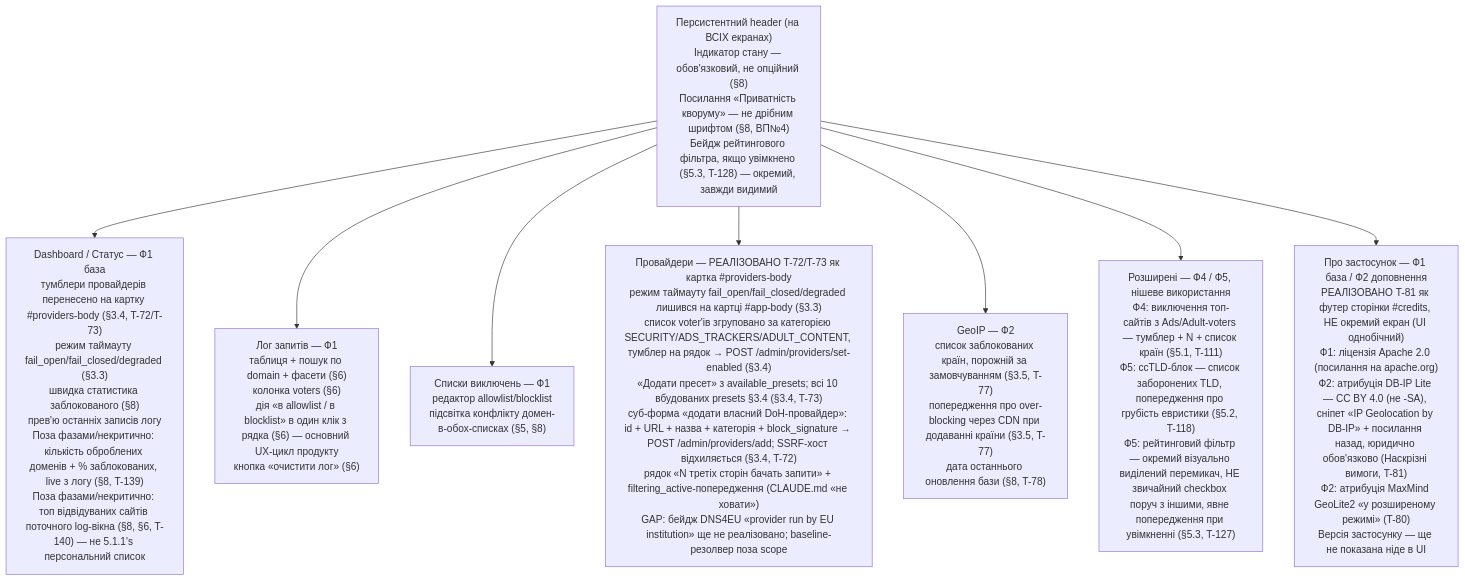
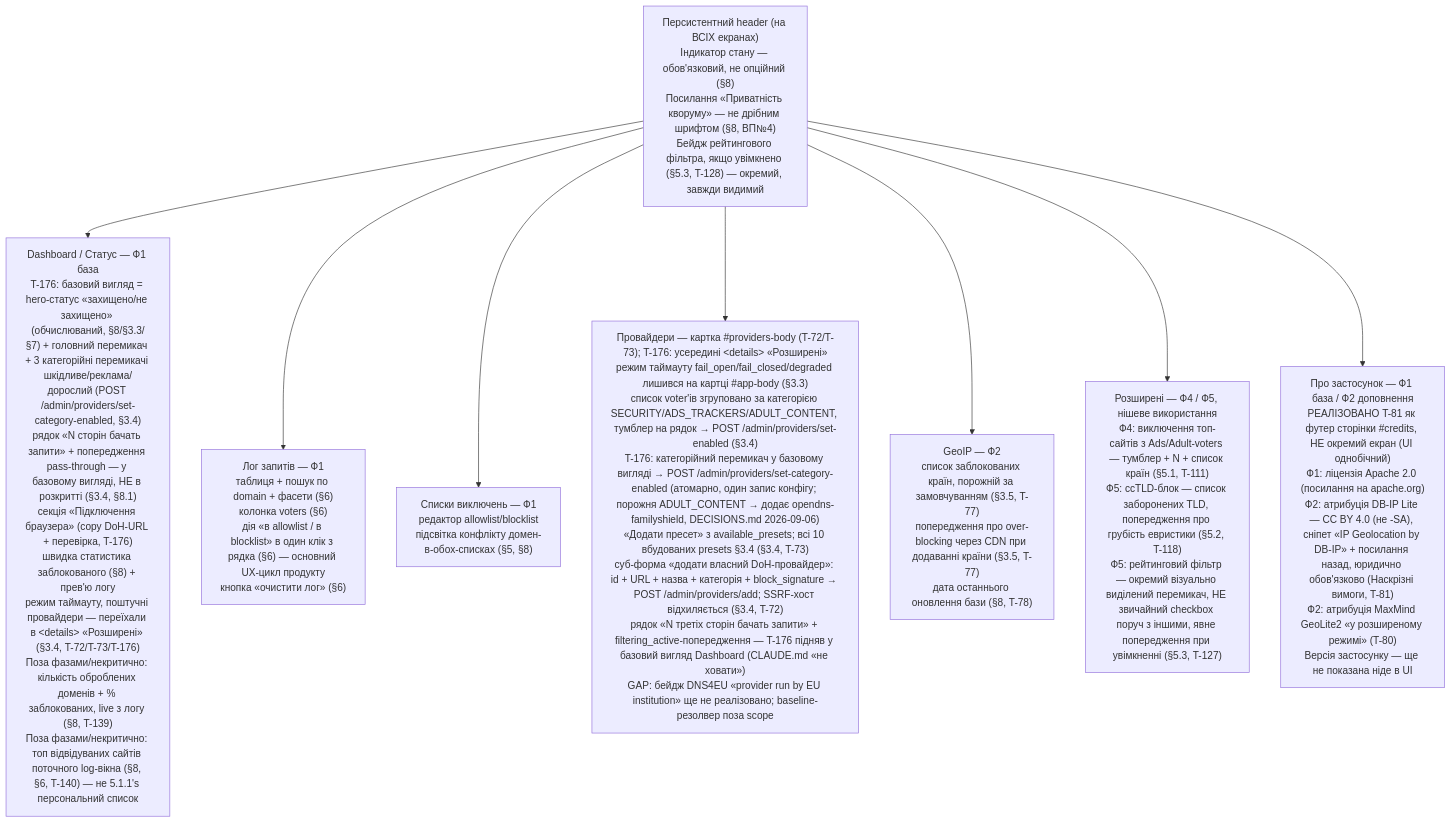
One commit to user137/dns-quorum-filter changed the diagram in diagrams/ui-navigation.md. Above: the diagram before and after it, drawn with Mermaid. The commit also changed other lines of this file and 4 other files, not shown here.

````diff
--- a/diagrams/ui-navigation.md
+++ b/diagrams/ui-navigation.md
@@ -11,26 +12,26 @@
 ```mermaid
 flowchart TD
     Header["Персистентний header (на ВСІХ екранах)<br/>Індикатор стану — обов'язковий, не опційний (§8)<br/>Посилання «Приватність кворуму» — не дрібним шрифтом (§8, ВП№4)<br/>Бейдж рейтингового фільтра, якщо увімкнено (§5.3, T-128) — окремий, завжди видимий"]
 
     Header --> Dashboard
     Header --> Log
     Header --> Lists
     Header --> Providers
     Header --> GeoIP
     Header --> Advanced
     Header --> About
 
-    Dashboard["Dashboard / Статус — Ф1 база<br/>тумблери провайдерів перенесено на картку #providers-body (§3.4, T-72/T-73)<br/>режим таймауту fail_open/fail_closed/degraded (§3.3)<br/>швидка статистика заблокованого (§8)<br/>прев'ю останніх записів логу<br/>Поза фазами/некритично: кількість оброблених доменів + % заблокованих, live з логу (§8, T-139)<br/>Поза фазами/некритично: топ відвідуваних сайтів поточного log-вікна (§8, §6, T-140) — не 5.1.1's персональний список"]
+    Dashboard["Dashboard / Статус — Ф1 база<br/>T-176: базовий вигляд = hero-статус «захищено/не захищено» (обчислюваний, §8/§3.3/§7) + головний перемикач + 3 категорійні перемикачі шкідливе/реклама/дорослий (POST /admin/providers/set-category-enabled, §3.4)<br/>рядок «N сторін бачать запити» + попередження pass-through — у базовому вигляді, НЕ в розкритті (§3.4, §8.1)<br/>секція «Підключення браузера» (copy DoH-URL + перевірка, T-176)<br/>швидка статистика заблокованого (§8) + прев'ю логу<br/>режим таймауту, поштучні провайдери — переїхали в &lt;details&gt; «Розширені» (§3.4, T-72/T-73/T-176)<br/>Поза фазами/некритично: кількість оброблених доменів + % заблокованих, live з логу (§8, T-139)<br/>Поза фазами/некритично: топ відвідуваних сайтів поточного log-вікна (§8, §6, T-140) — не 5.1.1's персональний список"]
 
     Log["Лог запитів — Ф1<br/>таблиця + пошук по domain + фасети (§6)<br/>колонка voters (§6)<br/>дія «в allowlist / в blocklist» в один клік з рядка (§6) — основний UX-цикл продукту<br/>кнопка «очистити лог» (§6)"]
 
     Lists["Списки виключень — Ф1<br/>редактор allowlist/blocklist<br/>підсвітка конфлікту домен-в-обох-списках (§5, §8)"]
 
-    Providers["Провайдери — РЕАЛІЗОВАНО T-72/T-73 як картка #providers-body<br/>режим таймауту fail_open/fail_closed/degraded лишився на картці #app-body (§3.3)<br/>список voter'ів згруповано за категорією SECURITY/ADS_TRACKERS/ADULT_CONTENT, тумблер на рядок → POST /admin/providers/set-enabled (§3.4)<br/>«Додати пресет» з available_presets; всі 10 вбудованих presets §3.4 (§3.4, T-73)<br/>суб-форма «додати власний DoH-провайдер»: id + URL + назва + категорія + block_signature → POST /admin/providers/add; SSRF-хост відхиляється (§3.4, T-72)<br/>рядок «N третіх сторін бачать запити» + filtering_active-попередження (CLAUDE.md «не ховати»)<br/>GAP: бейдж DNS4EU «provider run by EU institution» ще не реалізовано; baseline-резолвер поза scope"]
+    Providers["Провайдери — картка #providers-body (T-72/T-73); T-176: усередині &lt;details&gt; «Розширені»<br/>режим таймауту fail_open/fail_closed/degraded лишився на картці #app-body (§3.3)<br/>список voter'ів згруповано за категорією SECURITY/ADS_TRACKERS/ADULT_CONTENT, тумблер на рядок → POST /admin/providers/set-enabled (§3.4)<br/>T-176: категорійний перемикач у базовому вигляді → POST /admin/providers/set-category-enabled (атомарно, один запис конфігу; порожня ADULT_CONTENT → додає opendns-familyshield, DECISIONS.md 2026-09-06)<br/>«Додати пресет» з available_presets; всі 10 вбудованих presets §3.4 (§3.4, T-73)<br/>суб-форма «додати власний DoH-провайдер»: id + URL + назва + категорія + block_signature → POST /admin/providers/add; SSRF-хост відхиляється (§3.4, T-72)<br/>рядок «N третіх сторін бачать запити» + filtering_active-попередження — T-176 підняв у базовий вигляд Dashboard (CLAUDE.md «не ховати»)<br/>GAP: бейдж DNS4EU «provider run by EU institution» ще не реалізовано; baseline-резолвер поза scope"]
 
     GeoIP["GeoIP — Ф2<br/>список заблокованих країн, порожній за замовчуванням (§3.5, T-77)<br/>попередження про over-blocking через CDN при додаванні країни (§3.5, T-77)<br/>дата останнього оновлення бази (§8, T-78)"]
 
     Advanced["Розширені — Ф4 / Ф5, нішеве використання<br/>Ф4: виключення топ-сайтів з Ads/Adult-voters — тумблер + N + список країн (§5.1, T-111)<br/>Ф5: ccTLD-блок — список заборонених TLD, попередження про грубість евристики (§5.2, T-118)<br/>Ф5: рейтинговий фільтр — окремий візуально виділений перемикач, НЕ звичайний checkbox поруч з іншими, явне попередження при увімкненні (§5.3, T-127)"]
 
     About["Про застосунок — Ф1 база / Ф2 доповнення<br/>РЕАЛІЗОВАНО T-81 як футер сторінки #credits, НЕ окремий екран (UI однобічний)<br/>Ф1: ліцензія Apache 2.0 (посилання на apache.org)<br/>Ф2: атрибуція DB-IP Lite — CC BY 4.0 (не -SA), сніпет «IP Geolocation by DB-IP» + посилання назад, юридично обов'язково (Наскрізні вимоги, T-81)<br/>Ф2: атрибуція MaxMind GeoLite2 «у розширеному режимі» (T-80)<br/>Версія застосунку — ще не показана ніде в UI"]
 ```
````
